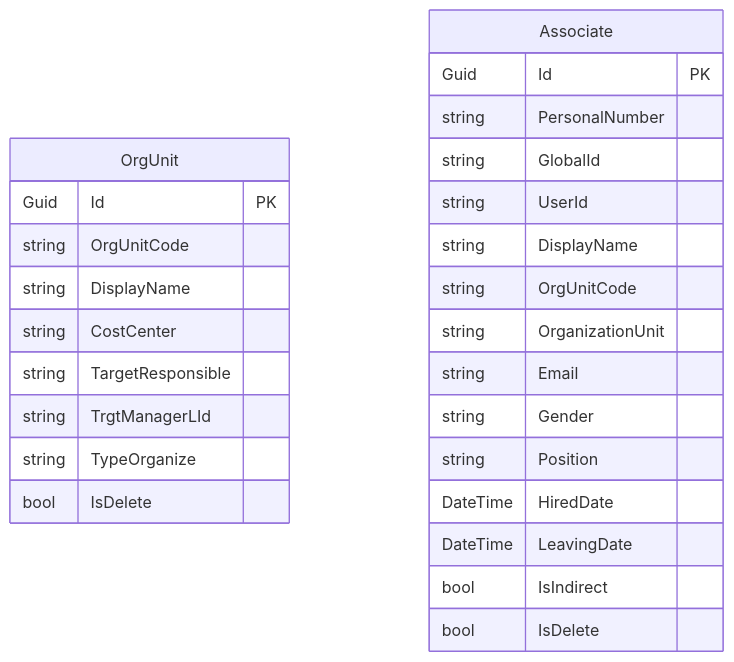
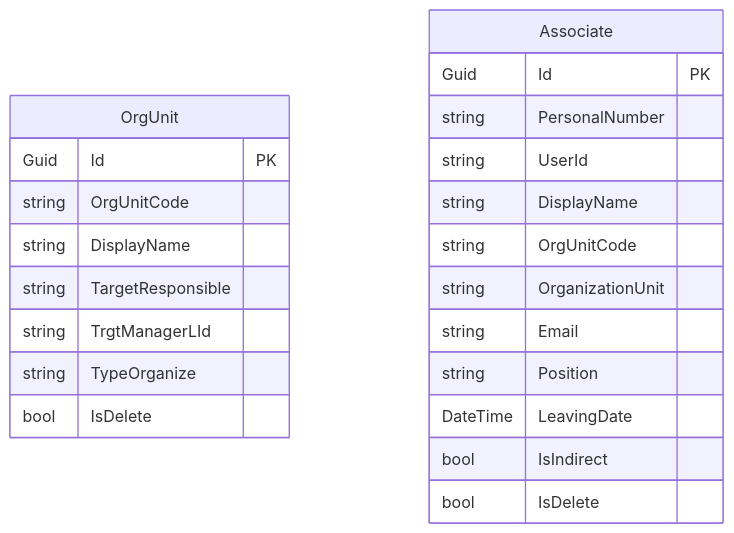
Before and after one commit to Songlong0506/ICOGenerator-v4: the ninth of 9 diagrams in docs/data-model.md, drawn with Mermaid. The commit also changed other lines of this file and 65 other files, not shown here.

````diff
--- a/docs/data-model.md
+++ b/docs/data-model.md
@@ -552,30 +544,26 @@
 ```mermaid
 erDiagram
     OrgUnit {
         Guid Id PK
         string OrgUnitCode
         string DisplayName
-        string CostCenter
         string TargetResponsible
         string TrgtManagerLId
         string TypeOrganize
         bool IsDelete
     }
 
     Associate {
         Guid Id PK
         string PersonalNumber
-        string GlobalId
         string UserId
         string DisplayName
         string OrgUnitCode
         string OrganizationUnit
         string Email
-        string Gender
         string Position
-        DateTime HiredDate
         DateTime LeavingDate
         bool IsIndirect
         bool IsDelete
     }
 ```
````
